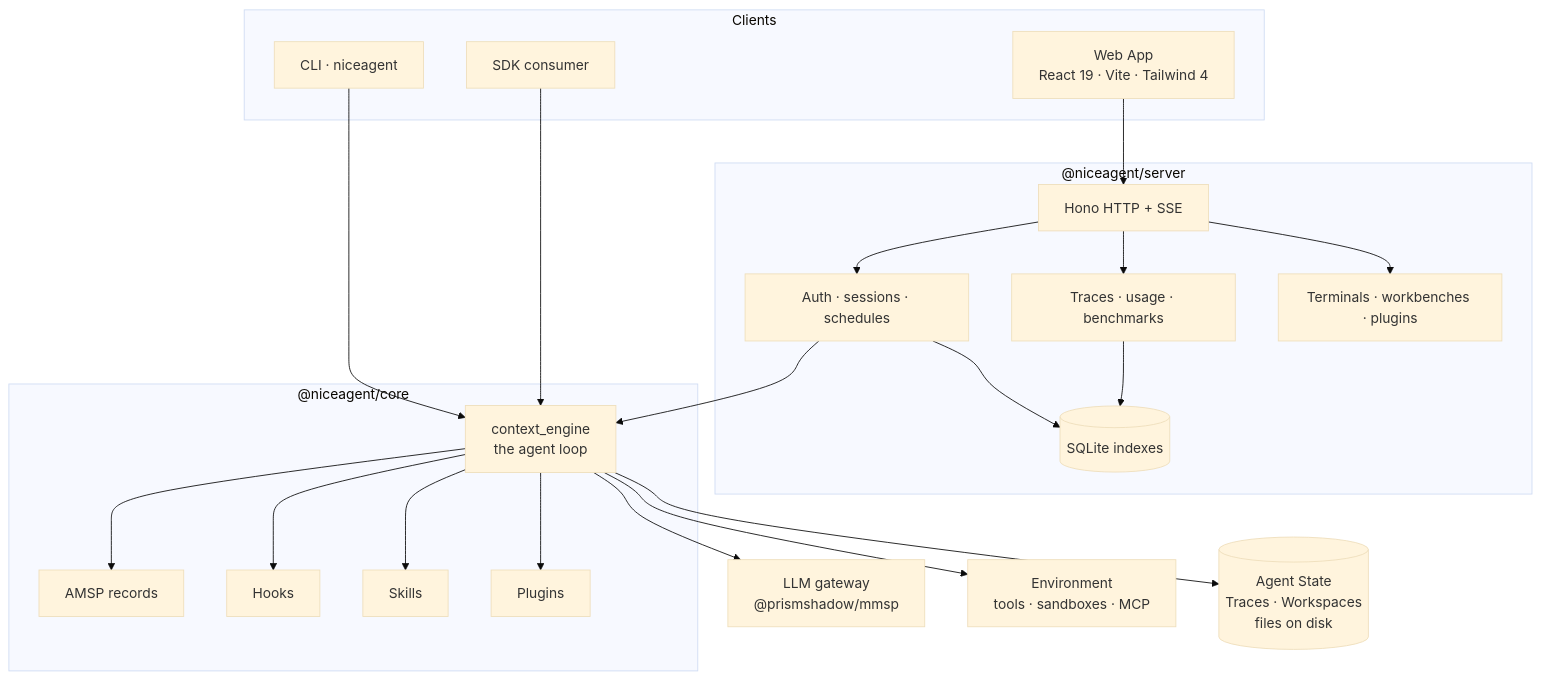
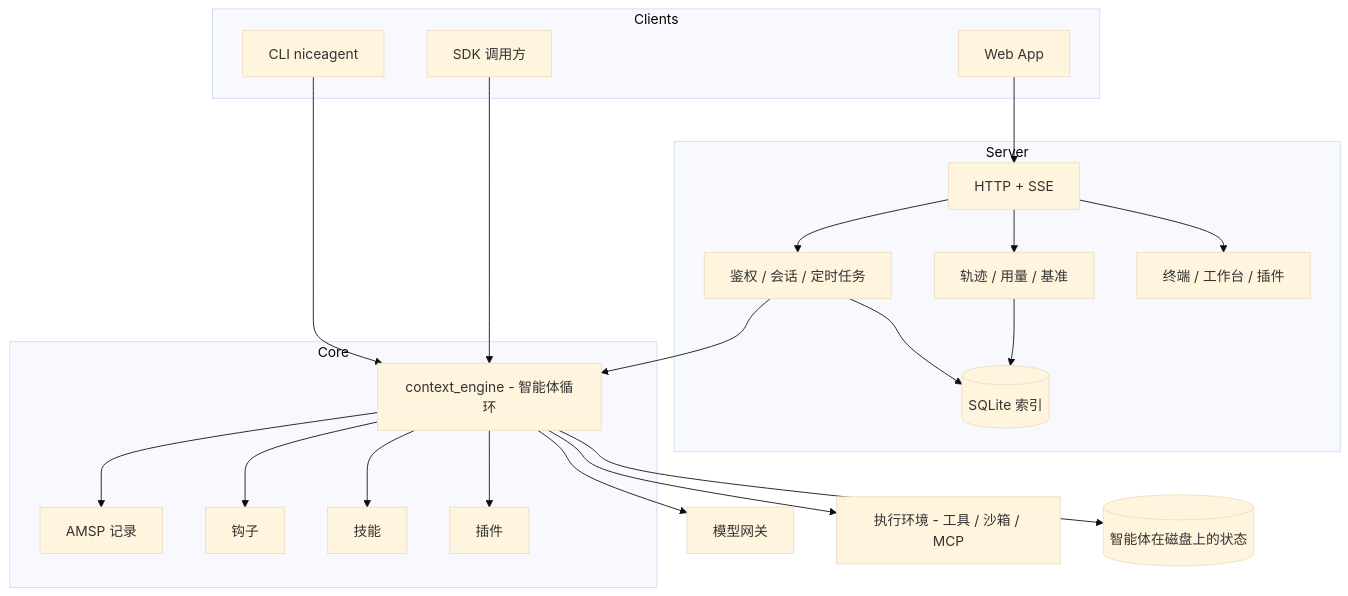
One commit to gqallen931/niceagent changed the first of 2 diagrams in README.md. Above: the diagram before and after it, drawn with Mermaid (base theme). The commit also changed other lines of this file and 15 other files, not shown here.

````diff
--- a/README.md
+++ b/README.md
@@ -206,44 +203,44 @@
 ```mermaid
 flowchart TB
   subgraph Clients
-    W[Web App<br/>React 19 · Vite · Tailwind 4]
-    C[CLI · niceagent]
-    S[SDK consumer]
+    W[Web App]
+    C[CLI niceagent]
+    S[SDK 调用方]
   end
 
-  subgraph Server["@niceagent/server"]
-    H[Hono HTTP + SSE]
-    A[Auth · sessions · schedules]
-    T[Traces · usage · benchmarks]
-    P[Terminals · workbenches · plugins]
-    DB[(SQLite indexes)]
+  subgraph Server
+    H[HTTP + SSE]
+    A[鉴权 / 会话 / 定时任务]
+    T[轨迹 / 用量 / 基准]
+    P[终端 / 工作台 / 插件]
+    DB[(SQLite 索引)]
   end
 
-  subgraph Core["@niceagent/core"]
-    E[context_engine<br/>the agent loop]
-    R[AMSP records]
-    Hk[Hooks]
-    Sk[Skills]
-    Pl[Plugins]
+  subgraph Core
+    E[context_engine - 智能体循环]
+    R[AMSP 记录]
+    Hk[钩子]
+    Sk[技能]
+    Pl[插件]
   end
 
-  M[LLM gateway<br/>@prismshadow/mmsp]
-  X[Environment<br/>tools · sandboxes · MCP]
-  F[(Agent State<br/>Traces · Workspaces<br/>files on disk)]
+  M[模型网关]
+  X[执行环境 - 工具 / 沙箱 / MCP]
+  F[(智能体在磁盘上的状态)]
 
   W --> H
   C --> E
   S --> E
   H --> A --> E
   H --> T
   H --> P
   E --> R
   E --> M
   E --> X
   E --> Hk
   E --> Sk
   E --> Pl
   E --> F
   A --> DB
   T --> DB
 ```
````
